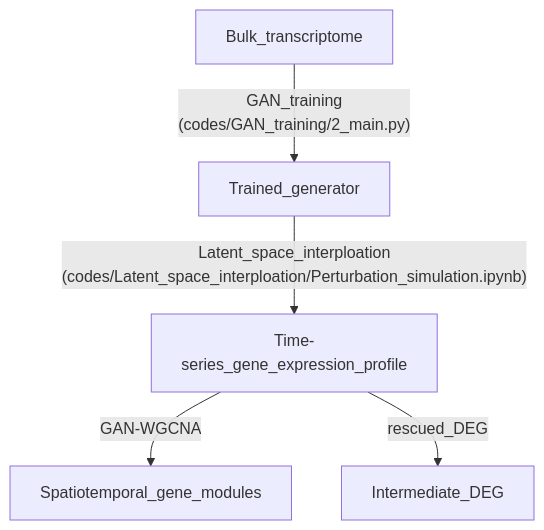
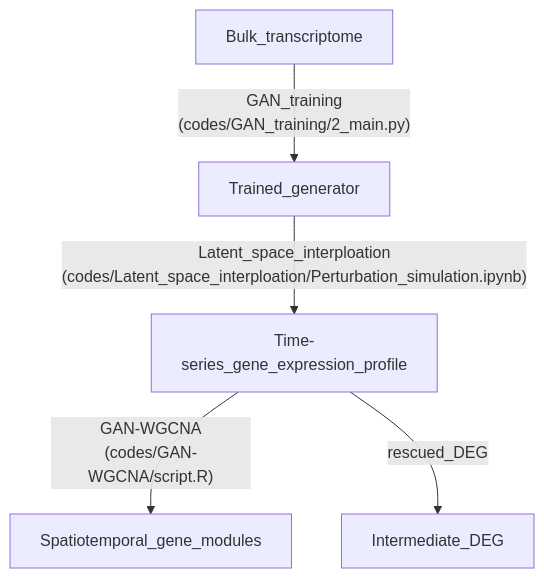
Before and after one commit to baicalin/GAN-WGCNA: the diagram in README.md, drawn with Mermaid.

````diff
--- a/README.md
+++ b/README.md
@@ -6,8 +6,8 @@
 ```mermaid
 graph TD;
     Bulk_transcriptome -- "GAN_training<br/>(codes/GAN_training/2_main.py)" --> Trained_generator
     Trained_generator -- "Latent_space_interploation<br/>(codes/Latent_space_interploation/Perturbation_simulation.ipynb)" --> Time-series_gene_expression_profile;
-    Time-series_gene_expression_profile -- GAN-WGCNA --> Spatiotemporal_gene_modules;
+    Time-series_gene_expression_profile -- "GAN-WGCNA</br>(codes/GAN-WGCNA/script.R)" --> Spatiotemporal_gene_modules;
     Time-series_gene_expression_profile -- rescued_DEG --> Intermediate_DEG;
 
 ```
````
